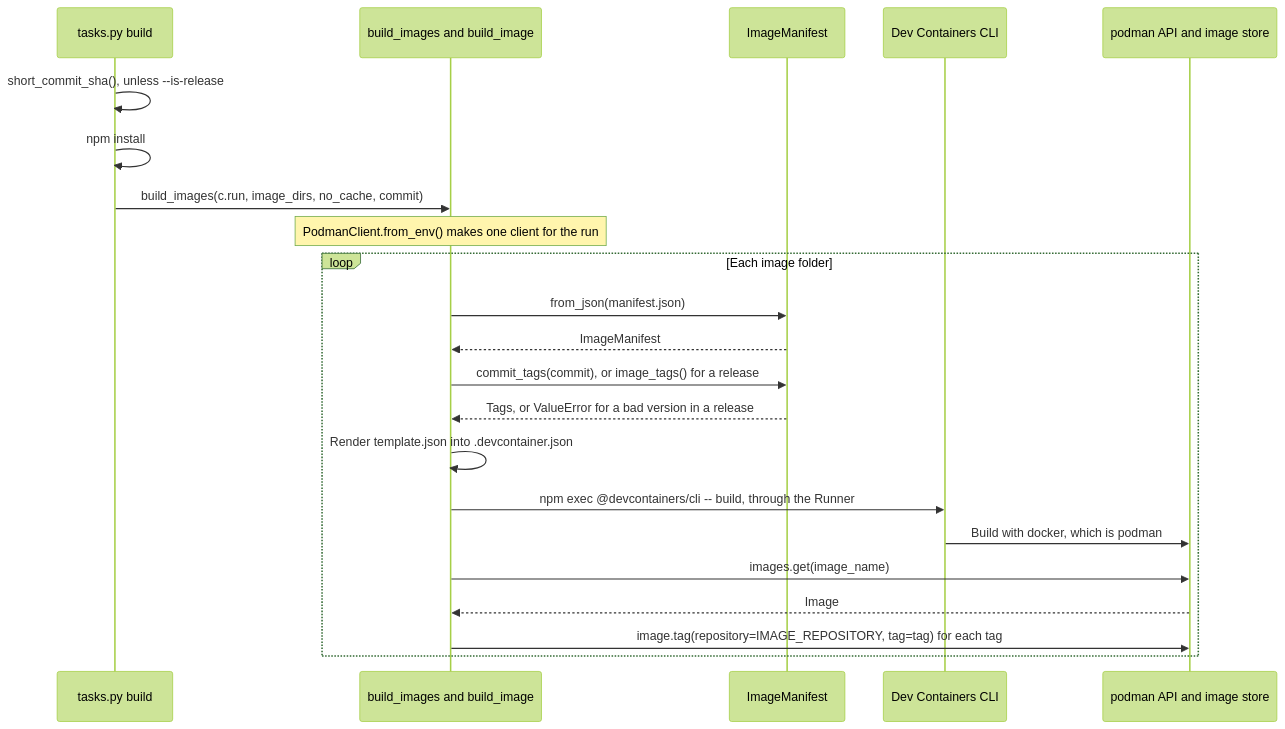
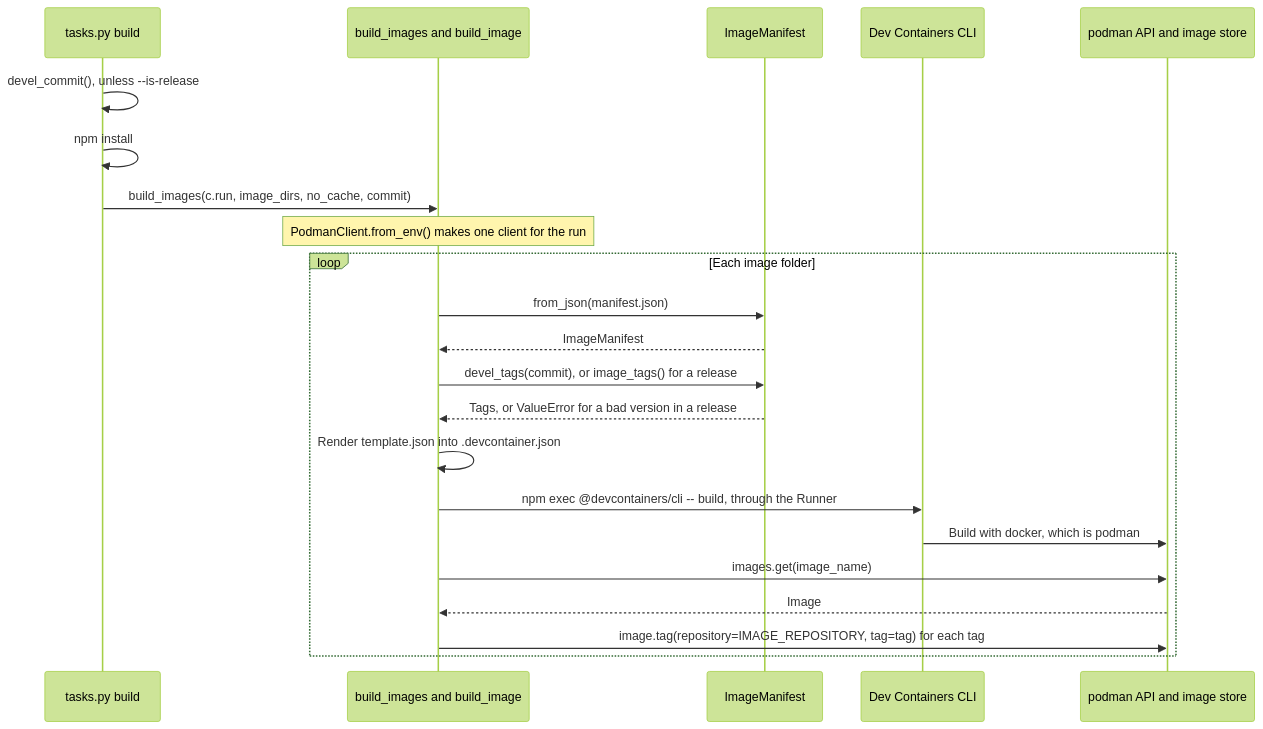
Before and after one commit to froazin/devcontainers: the diagram in docs/container-images/builds.md, drawn with Mermaid (forest theme). The commit also changed other lines of this file and 12 other files, not shown here.

First line of the commit message:
feat(images): Tag devel builds as <tag>-devel<sha> and mark dirty trees

````diff
--- a/docs/container-images/builds.md
+++ b/docs/container-images/builds.md
@@ -30,26 +30,26 @@
 ```mermaid
 sequenceDiagram
     accTitle: Building and tagging the images
-    accDescr: The build task in tasks.py reads the current commit's short SHA unless it's given --is-release, runs npm install, then calls build_images, which makes one podman client. For each image folder, build_image loads the manifest and works out its commit tags or, for a release, its version tags, renders .devcontainer.json and runs the Dev Containers CLI through the Runner. The CLI builds with docker, which is podman. build_image then gets the built image from podman and tags it once for each tag.
+    accDescr: Unless it's given --is-release, the build task in tasks.py reads the checked out commit's short SHA, and whether the working tree is dirty, with pygit2. It then runs npm install, then calls build_images, which makes one podman client. For each image folder, build_image loads the manifest and works out its devel tags or, for a release, its version tags, renders .devcontainer.json and runs the Dev Containers CLI through the Runner. The CLI builds with docker, which is podman. build_image then gets the built image from podman and tags it once for each tag.
     participant task as tasks.py build
     participant build as build_images and build_image
     participant manifest as ImageManifest
     participant cli as Dev Containers CLI
     participant podman as podman API and image store
-    task->>task: short_commit_sha(), unless --is-release
+    task->>task: devel_commit(), unless --is-release
     task->>task: npm install
     task->>build: build_images(c.run, image_dirs, no_cache, commit)
     Note over build: PodmanClient.from_env() makes one client for the run
     loop Each image folder
         build->>manifest: from_json(manifest.json)
         manifest-->>build: ImageManifest
-        build->>manifest: commit_tags(commit), or image_tags() for a release
+        build->>manifest: devel_tags(commit), or image_tags() for a release
         manifest-->>build: Tags, or ValueError for a bad version in a release
         build->>build: Render template.json into .devcontainer.json
         build->>cli: npm exec @devcontainers/cli -- build, through the Runner
         cli->>podman: Build with docker, which is podman
         build->>podman: images.get(image_name)
         podman-->>build: Image
         build->>podman: image.tag(repository=IMAGE_REPOSITORY, tag=tag) for each tag
     end
 ```
````
